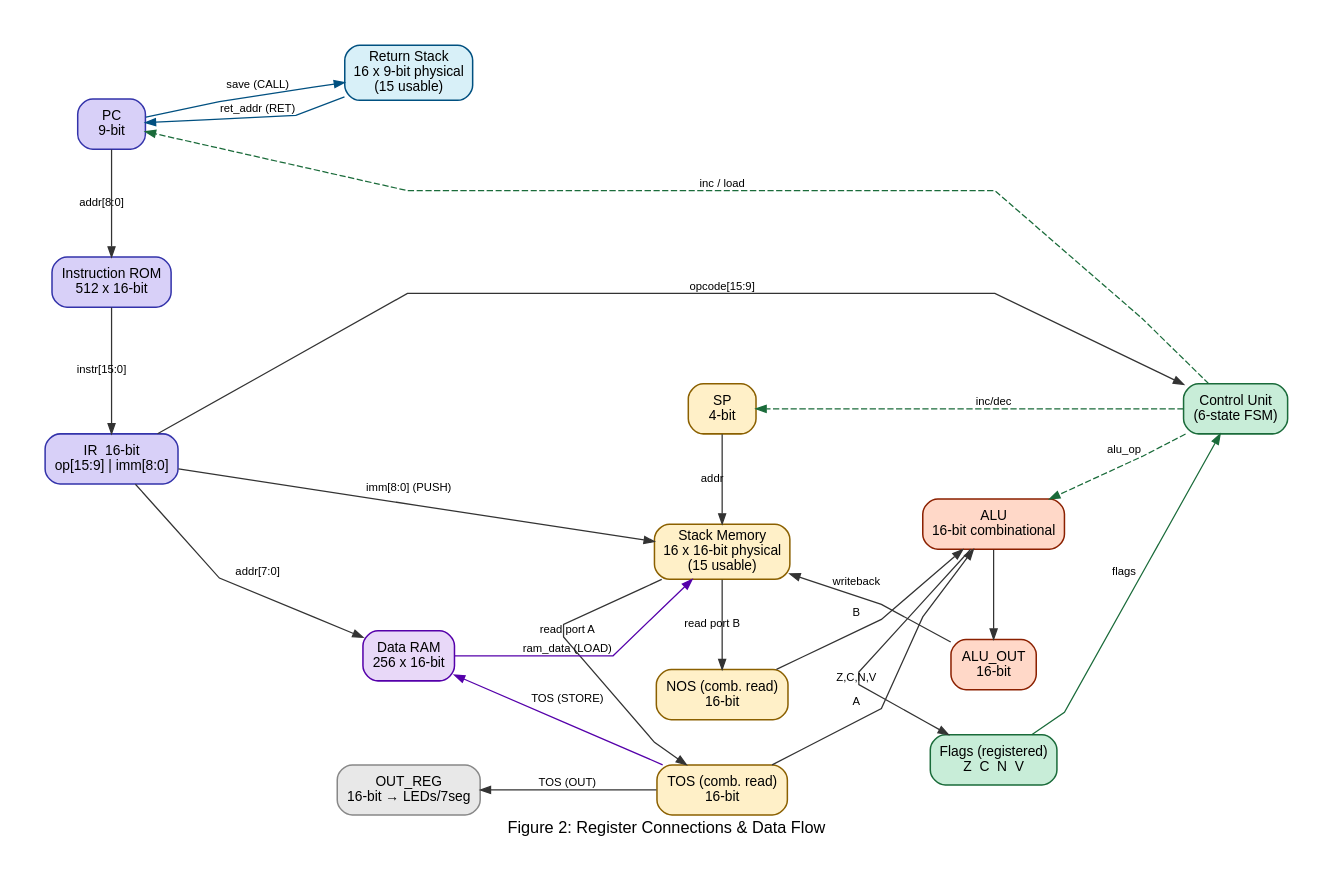
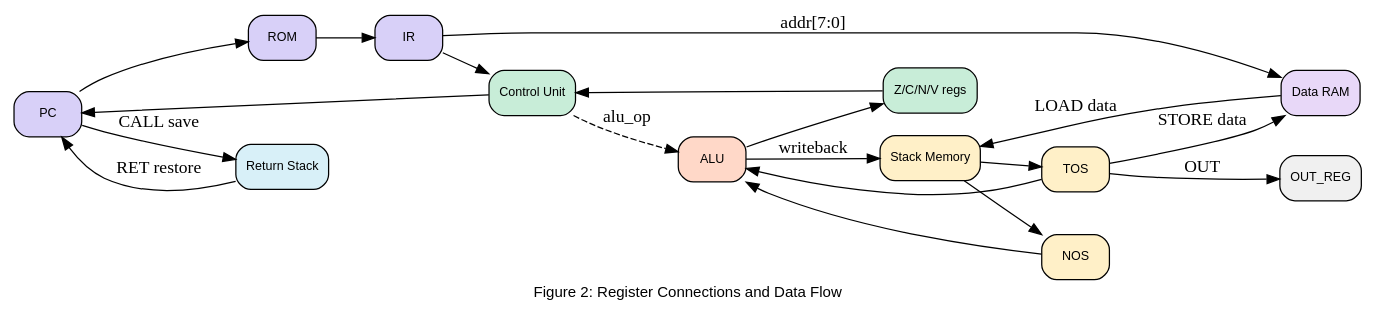
Before and after one commit to Faruk982/stack_cpu: the second of 5 diagrams in report.md, drawn with Graphviz. The commit also changed other lines of this file and 19 other files, not shown here.

Commit message:
v3.0: - divided all ALU operations into modules, every operation is now done via a module implemented in the project. - added additional flags, comparison logic, and additional instructions.

````diff
--- a/report.md
+++ b/report.md
@@ -136,53 +108,42 @@
 ```graphviz
 digraph registers {
-    graph [rankdir=LR, label="Figure 2: Register Connections & Data Flow", labelloc=b,
-           fontname="Arial", fontsize=13, splines=polyline, nodesep=0.5, ranksep=0.9,
-           bgcolor=white, pad=0.4]
-    node  [fontname="Arial", fontsize=11, shape=box, style="filled,rounded",
-           penwidth=1.2, height=0.55]
-    edge  [fontname="Arial", fontsize=9, color="#333333", arrowsize=0.8]
+    graph [rankdir=LR, label="Figure 2: Register Connections and Data Flow", labelloc=b, fontname="Arial", fontsize=12]
+    node  [shape=box, style="filled,rounded", fontname="Arial", fontsize=10]
 
-    PC    [label="PC\n9-bit", fillcolor="#D8D0F8", color="#3333AA"]
-    ROM   [label="Instruction ROM\n512 x 16-bit", fillcolor="#D8D0F8", color="#3333AA"]
-    IR    [label="IR  16-bit\nop[15:9] | imm[8:0]", fillcolor="#D8D0F8", color="#3333AA"]
-    CU    [label="Control Unit\n(6-state FSM)", fillcolor="#C8EDD8", color="#1a6b3a"]
-    SP    [label="SP\n4-bit", fillcolor="#FFF0C8", color="#8B6000"]
-    SMEM  [label="Stack Memory\n16 x 16-bit physical\n(15 usable)", fillcolor="#FFF0C8", color="#8B6000"]
-    TOS   [label="TOS (comb. read)\n16-bit", fillcolor="#FFF0C8", color="#8B6000"]
-    NOS   [label="NOS (comb. read)\n16-bit", fillcolor="#FFF0C8", color="#8B6000"]
-    ALU   [label="ALU\n16-bit combinational", fillcolor="#FFD8C8", color="#8B2000"]
-    FLAGS [label="Flags (registered)\nZ  C  N  V", fillcolor="#C8EDD8", color="#1a6b3a"]
-    ALUOUT[label="ALU_OUT\n16-bit", fillcolor="#FFD8C8", color="#8B2000"]
-    RSTK  [label="Return Stack\n16 x 9-bit physical\n(15 usable)", fillcolor="#D8F0F8", color="#005080"]
-    DRAM  [label="Data RAM\n256 x 16-bit", fillcolor="#E8D8F8", color="#5500AA"]
-    OUTREG[label="OUT_REG\n16-bit → LEDs/7seg", fillcolor="#E8E8E8", color="#888888"]
+    PC    [label="PC", fillcolor="#d8d0f8"]
+    ROM   [label="ROM", fillcolor="#d8d0f8"]
+    IR    [label="IR", fillcolor="#d8d0f8"]
+    CU    [label="Control Unit", fillcolor="#c8edd8"]
+    SMEM  [label="Stack Memory", fillcolor="#fff0c8"]
+    TOS   [label="TOS", fillcolor="#fff0c8"]
+    NOS   [label="NOS", fillcolor="#fff0c8"]
+    ALU   [label="ALU", fillcolor="#ffd8c8"]
+    FLAGS [label="Z/C/N/V regs", fillcolor="#c8edd8"]
+    DRAM  [label="Data RAM", fillcolor="#e8d8f8"]
+    RSTK  [label="Return Stack", fillcolor="#d8f0f8"]
+    OUT   [label="OUT_REG", fillcolor="#f0f0f0"]
 
-    PC    -> ROM    [label="addr[8:0]"]
-    ROM   -> IR     [label="instr[15:0]"]
-    IR    -> CU     [label="opcode[15:9]"]
-    IR    -> SMEM   [label="imm[8:0] (PUSH)"]
-    IR    -> DRAM   [label="addr[7:0]"]
-    CU    -> PC     [label="inc / load", style=dashed, color="#1a6b3a"]
-    CU    -> SP     [label="inc/dec", style=dashed, color="#1a6b3a"]
-    SP    -> SMEM   [label="addr"]
-    SMEM  -> TOS    [label="read port A"]
-    SMEM  -> NOS    [label="read port B"]
-    TOS   -> ALU    [label="A"]
-    NOS   -> ALU    [label="B"]
-    CU    -> ALU    [label="alu_op", style=dashed, color="#1a6b3a"]
-    ALU   -> FLAGS  [label="Z,C,N,V"]
-    ALU   -> ALUOUT
-    FLAGS -> CU     [label="flags", color="#1a6b3a"]
-    ALUOUT -> SMEM  [label="writeback"]
-    TOS    -> OUTREG [label="TOS (OUT)"]
-    TOS    -> DRAM   [label="TOS (STORE)", color="#5500AA"]
-    DRAM   -> SMEM   [label="ram_data (LOAD)", color="#5500AA"]
-    PC     -> RSTK   [label="save (CALL)", color="#005080"]
-    RSTK   -> PC     [label="ret_addr (RET)", color="#005080"]
+    PC -> ROM
+    ROM -> IR
+    IR -> CU
+    CU -> PC
 
-    { rank=same; PC; ROM; IR }
-    { rank=same; SP; SMEM; TOS; NOS }
-    { rank=same; ALU; ALUOUT; FLAGS }
-    { rank=same; RSTK; DRAM; OUTREG }
+    SMEM -> TOS
+    SMEM -> NOS
+    TOS -> ALU
+    NOS -> ALU
+    CU -> ALU [style=dashed, label="alu_op"]
+    ALU -> SMEM [label="writeback"]
+    ALU -> FLAGS
+    FLAGS -> CU
+
+    IR -> DRAM [label="addr[7:0]"]
+    TOS -> DRAM [label="STORE data"]
+    DRAM -> SMEM [label="LOAD data"]
+
+    PC -> RSTK [label="CALL save"]
+    RSTK -> PC [label="RET restore"]
+
+    TOS -> OUT [label="OUT"]
 }
 ```
````
